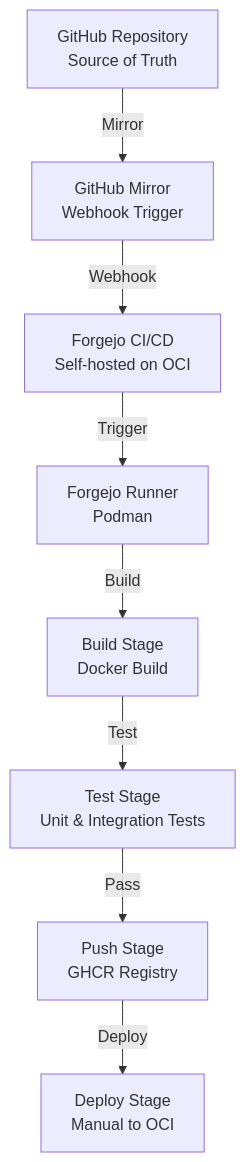
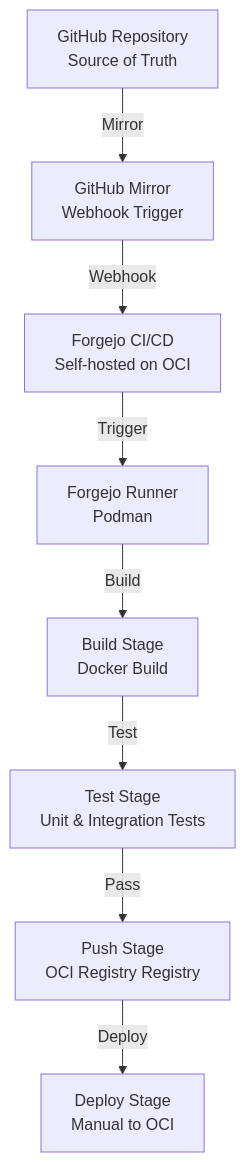
Before and after one commit to CaseStudyProgramming/TaskmanagerV2: the third of 3 diagrams in docs/architecture/infrastructure-&-network.md, drawn with Mermaid. The commit also changed other lines of this file and 12 other files, not shown here.

````diff
--- a/docs/architecture/infrastructure-&-network.md
+++ b/docs/architecture/infrastructure-&-network.md
@@ -203,19 +208,19 @@
 ```mermaid
 graph TB
     GitHub[GitHub Repository<br/>Source of Truth]
     Mirror[GitHub Mirror<br/>Webhook Trigger]
     Forgejo[Forgejo CI/CD<br/>Self-hosted on OCI]
     Runner[Forgejo Runner<br/>Podman]
     Build[Build Stage<br/>Docker Build]
     Test[Test Stage<br/>Unit & Integration Tests]
-    Push[Push Stage<br/>GHCR Registry]
+    Push[Push Stage<br/>OCI Registry Registry]
     Deploy[Deploy Stage<br/>Manual to OCI]
 
     GitHub -->|Mirror| Mirror
     Mirror -->|Webhook| Forgejo
     Forgejo -->|Trigger| Runner
     Runner -->|Build| Build
     Build -->|Test| Test
     Test -->|Pass| Push
     Push -->|Deploy| Deploy
 ```
````
